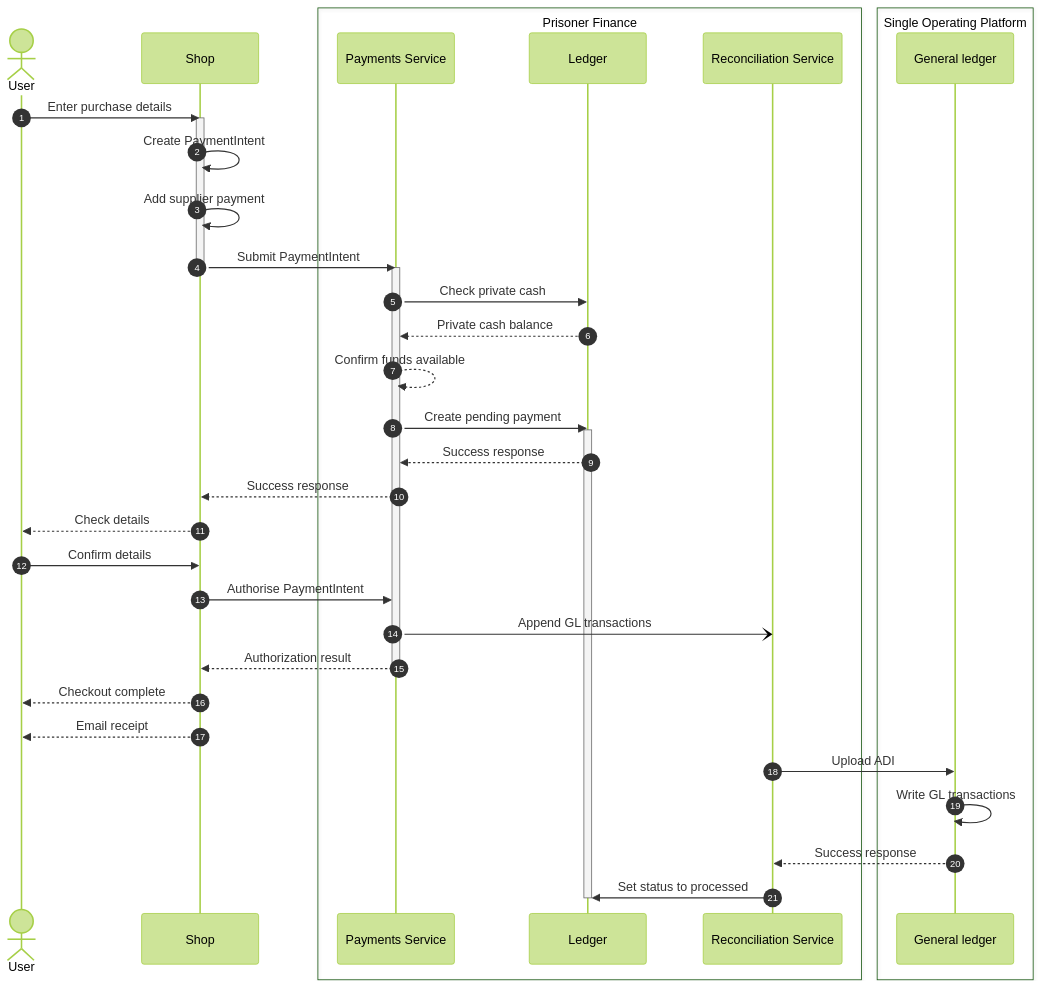
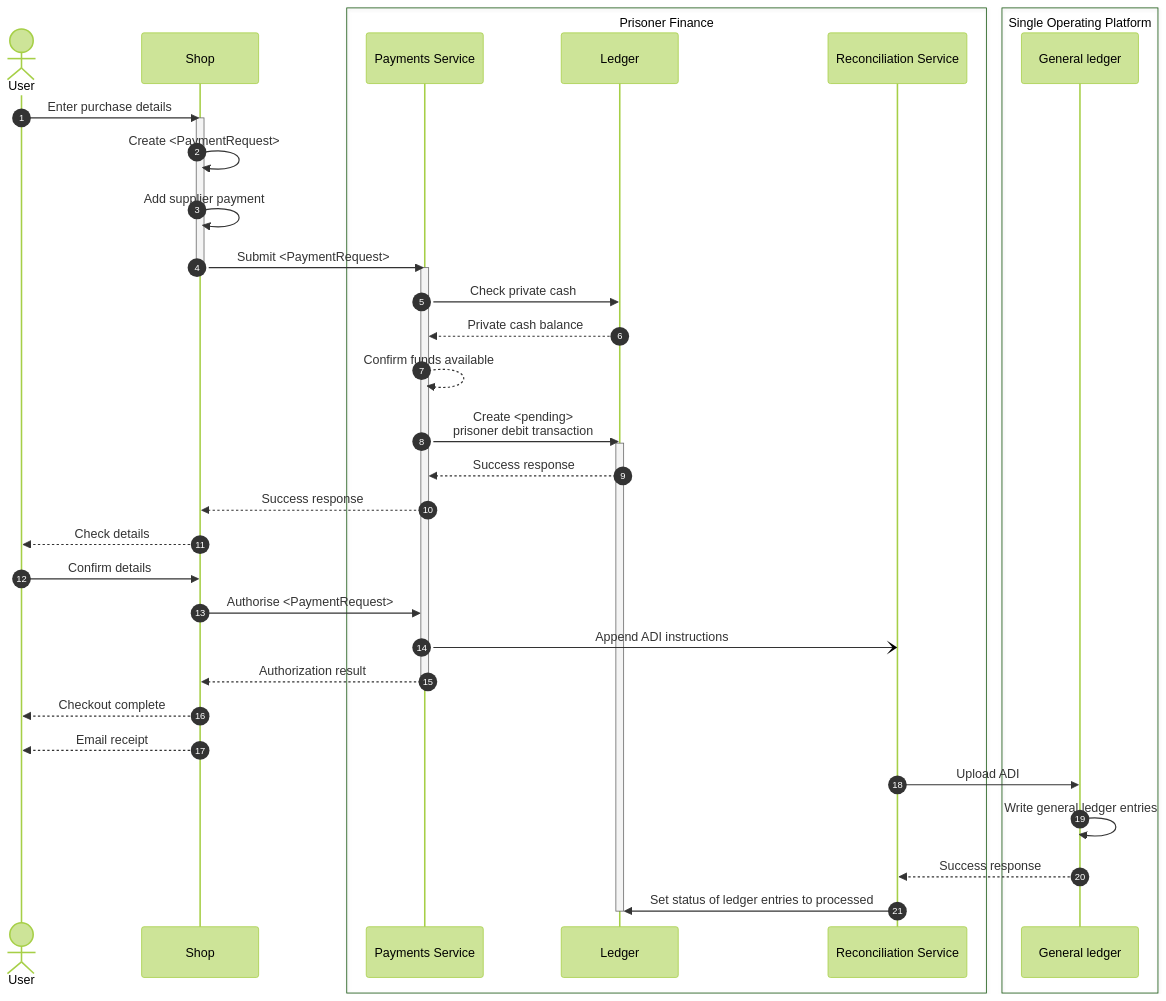
The second of 8 diagrams in docs/processes-purchasing.md (ministryofjustice/hmpps-prisoner-finance-poc-api), drawn with Mermaid (forest theme) before and after one commit. The commit also changed other lines of this file, not shown here.

````diff
--- a/docs/processes-purchasing.md
+++ b/docs/processes-purchasing.md
@@ -57,43 +57,43 @@
 ```mermaid
 sequenceDiagram
   actor USER as User
   participant SHOP as Shop
   box Prisoner Finance
   participant API as Payments Service
   participant LEDGER as Ledger
   participant ADI as Reconciliation Service
   end
   box Single Operating Platform
   participant SOP as General ledger
   end
 
   autonumber
 
   USER ->> SHOP: Enter purchase details
   activate SHOP
-  SHOP ->> SHOP: Create PaymentIntent
+  SHOP ->> SHOP: Create <PaymentRequest>
   SHOP ->> SHOP: Add supplier payment
-  SHOP ->> API: Submit PaymentIntent
+  SHOP ->> API: Submit <PaymentRequest>
   deactivate SHOP
   activate API
   API ->> LEDGER: Check private cash
   LEDGER -->> API: Private cash balance
   API -->> API: Confirm funds available
-  API ->> LEDGER: Create pending payment
+  API ->> LEDGER: Create <pending><br/>prisoner debit transaction
   activate LEDGER
   LEDGER -->> API: Success response
   API -->> SHOP: Success response
   SHOP -->> USER: Check details
   USER ->> SHOP: Confirm details
-  SHOP ->> API: Authorise PaymentIntent
-  API -) ADI: Append GL transactions
+  SHOP ->> API: Authorise <PaymentRequest>
+  API -) ADI: Append ADI instructions
   API -->> SHOP: Authorization result
   deactivate API
   SHOP -->> USER: Checkout complete
   SHOP -->> USER: Email receipt
   ADI ->> SOP: Upload ADI
-  SOP ->> SOP: Write GL transactions
+  SOP ->> SOP: Write general ledger entries
   SOP -->> ADI: Success response
-  ADI ->> LEDGER: Set status to processed
+  ADI ->> LEDGER: Set status of ledger entries to processed
   deactivate LEDGER
 ```
````
